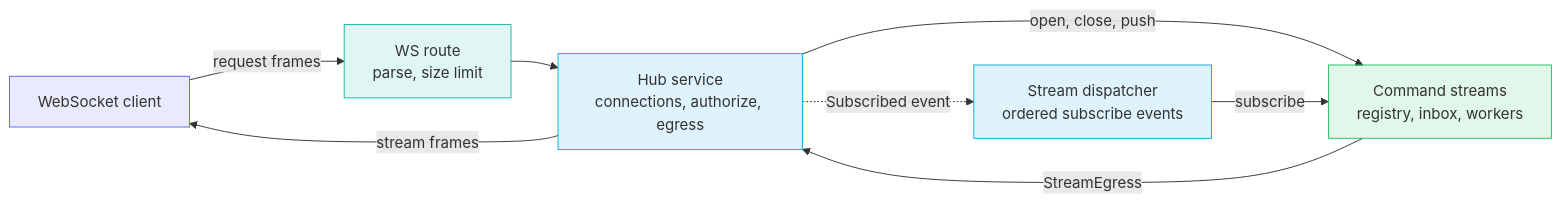
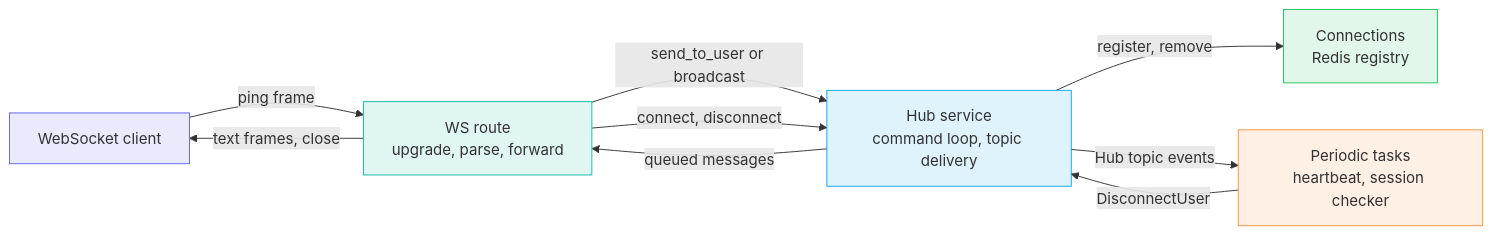
Before and after one commit to gzp79/shine-services: the first of 4 diagrams in docs/services/builder/hub.md, drawn with Mermaid. The commit also changed other lines of this file and 17 other files, not shown here.

````diff
--- a/docs/services/builder/hub.md
+++ b/docs/services/builder/hub.md
@@ -15,19 +15,21 @@
 ```mermaid
 flowchart LR
     classDef indigo fill:#6366f122,stroke:#6366f1
     classDef teal fill:#14b8a622,stroke:#14b8a6
     classDef blue fill:#0ea5e922,stroke:#0ea5e9
     classDef green fill:#22c55e22,stroke:#22c55e
+    classDef orange fill:#fb923c22,stroke:#fb923c
 
     Client["WebSocket client"]:::indigo
-    Route["WS route<br/>parse, size limit"]:::teal
-    Hub["Hub service<br/>connections, authorize, egress"]:::blue
-    Dispatcher["Stream dispatcher<br/>ordered subscribe events"]:::blue
-    Streams["Command streams<br/>registry, inbox, workers"]:::green
+    Route["WS route<br/>upgrade, parse, forward"]:::teal
+    Hub["Hub service<br/>command loop, topic delivery"]:::blue
+    State["Connections<br/>Redis registry"]:::green
+    Tasks["Periodic tasks<br/>heartbeat, session checker"]:::orange
 
-    Client -- "request frames" --> Route --> Hub
-    Hub -- "open, close, push" --> Streams
-    Hub -. "Subscribed event" .-> Dispatcher -- "subscribe" --> Streams
-    Streams -- "StreamEgress" --> Hub
-    Hub -- "stream frames" --> Client
+    Client -- "ping frame" --> Route -- "send_to_user or broadcast" --> Hub
+    Route -- "connect, disconnect" --> Hub
+    Hub -- "register, remove" --> State
+    Hub -- "Hub topic events" --> Tasks
+    Tasks -- "DisconnectUser" --> Hub
+    Hub -- "queued messages" --> Route -- "text frames, close" --> Client
 ```
````
